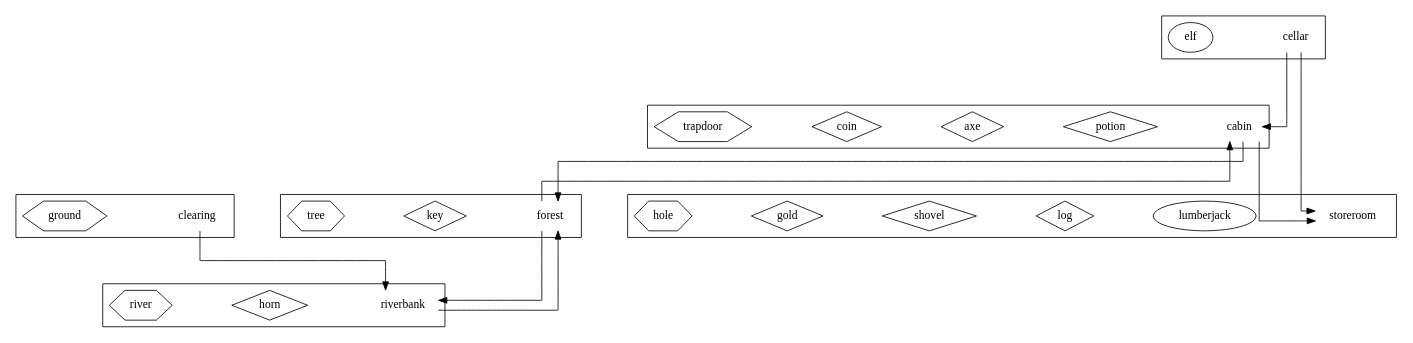
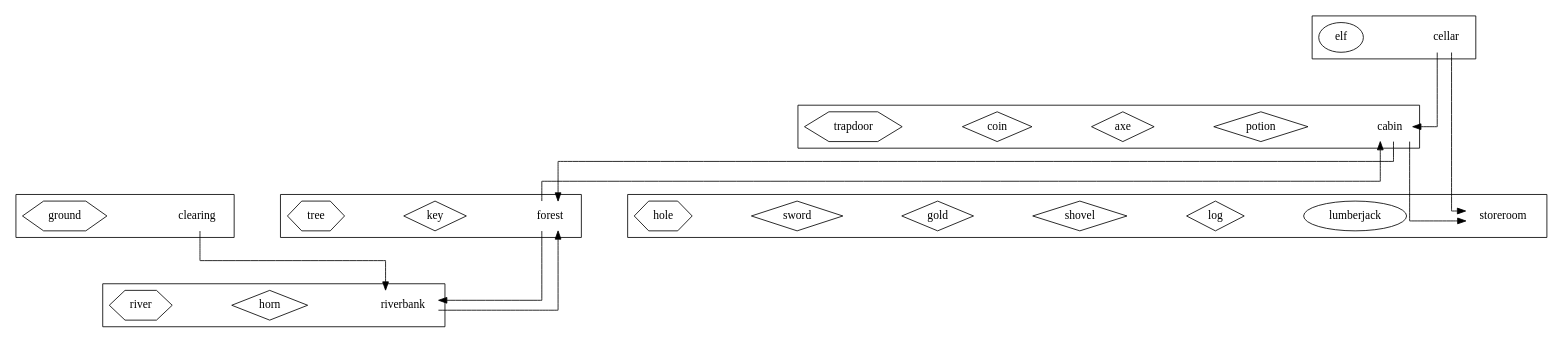
The diagram in cw-stag/config/custom-entities.dot (mihirgandecha/JAVA-CW-2023), drawn with Graphviz before and after one commit. The commit also changed 4 other files, not shown here.

```diff
--- a/cw-stag/config/custom-entities.dot
+++ b/cw-stag/config/custom-entities.dot
@@ -1,100 +1,101 @@
 digraph layout {
     /* ortho splines just makes the arrows into straight lines (rather than curvy ones !) */
     splines = ortho;
     /* space everything out a bit to make it easier to see (for larger models) */
     graph [ranksep="1" nodesep="1"];
     node [shape = "rect"];
 
     subgraph locations {
 
         subgraph cluster001 {
             node [shape = "none"];
             cabin [description = "A log cabin in the woods"];
             subgraph artefacts {
                 node [shape = "diamond"];
                 potion [description = "A bottle of magic potion"];
                 axe [description = "A razor sharp axe"];
                 coin [description = "A silver coin"];
             }
             subgraph furniture {
                 node [shape = "hexagon"];
                 trapdoor [description = "A locked wooden trapdoor in the floor"];
             }
         }
 
         subgraph cluster002 {
             node [shape = "none"];
             forest [description = "A deep dark forest"];
             subgraph artefacts {
                 node [shape = "diamond"];
                 key [description = "A rusty old key"];
             }
             subgraph furniture {
                 node [shape = "hexagon"];
                 tree [description = "A tall pine tree"];
             }
         }
 
         subgraph cluster003 {
             node [shape = "none"];
             cellar [description = "A dusty cellar"]
             subgraph characters {
                 node [shape = "ellipse"];
                 elf [description = "An angry looking Elf"];
             }
         }
 
         subgraph cluster004 {
             node [shape = "none"];
             riverbank [description = "A grassy riverbank"]
             subgraph artefacts {
                 node [shape = "diamond"];
                 horn [description = "An old brass horn"];
             }
             subgraph furniture {
                 node [shape = "hexagon"];
                 river [description = "A fast flowing river"];
             }
         }
 
         subgraph cluster005 {
             node [shape = "none"];
             clearing [description = "A clearing in the woods"]
             subgraph furniture {
                 node [shape = "hexagon"];
                 ground [description = "It looks like the soil has been recently disturbed"];
             }
         }
 
         subgraph cluster999 {
         node [shape = "none"];
         storeroom [description = "Storage for any entities not placed in the game"]
         subgraph characters {
         node [shape = "ellipse"];
         lumberjack [description = "A burly wood cutter"];
         }
         subgraph artefacts {
         node [shape = "diamond"];
         log [description = "A heavy wooden log"];
         shovel [description = "A sturdy shovel"];
         gold [description = "A big pot of gold"];
+        sword [description = "The almighty silver sword"];
         }
         subgraph furniture {
         node [shape = "hexagon"];
         hole [description = "A deep hole in the ground"];
         }
         }
     }
 
     subgraph paths {
         cabin -> forest;
         cabin -> storeroom;
         forest -> cabin;
         cellar -> cabin;
         cellar -> storeroom;
         forest -> riverbank
         riverbank -> forest
         clearing -> riverbank
     }
 
 }
```
